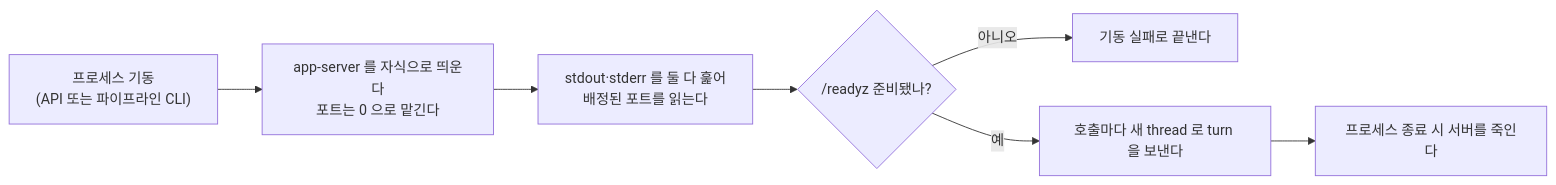
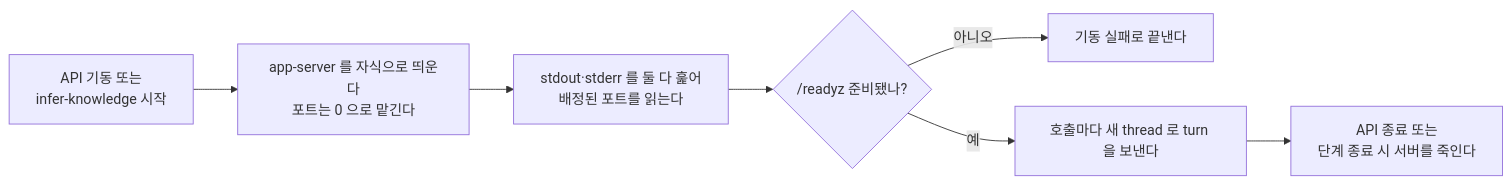
One commit to jon890/devloop-v2 changed the third of 4 diagrams in docs/flow.md. Above: the diagram before and after it, drawn with Mermaid. The commit also changed other lines of this file and 4 other files, not shown here.

````diff
--- a/docs/flow.md
+++ b/docs/flow.md
@@ -151,9 +171,9 @@
 ```mermaid
 flowchart LR
-    B["프로세스 기동<br/>(API 또는 파이프라인 CLI)"] --> SP["app-server 를 자식으로 띄운다<br/>포트는 0 으로 맡긴다"]
+    B["API 기동 또는<br/>infer-knowledge 시작"] --> SP["app-server 를 자식으로 띄운다<br/>포트는 0 으로 맡긴다"]
     SP --> PORT["stdout·stderr 를 둘 다 훑어<br/>배정된 포트를 읽는다"]
     PORT --> RDY{"/readyz 준비됐나?"}
     RDY -->|아니오| FAIL["기동 실패로 끝낸다"]
     RDY -->|예| SERVE["호출마다 새 thread 로 turn 을 보낸다"]
-    SERVE --> KILL["프로세스 종료 시 서버를 죽인다"]
+    SERVE --> KILL["API 종료 또는<br/>단계 종료 시 서버를 죽인다"]
 ```
````
